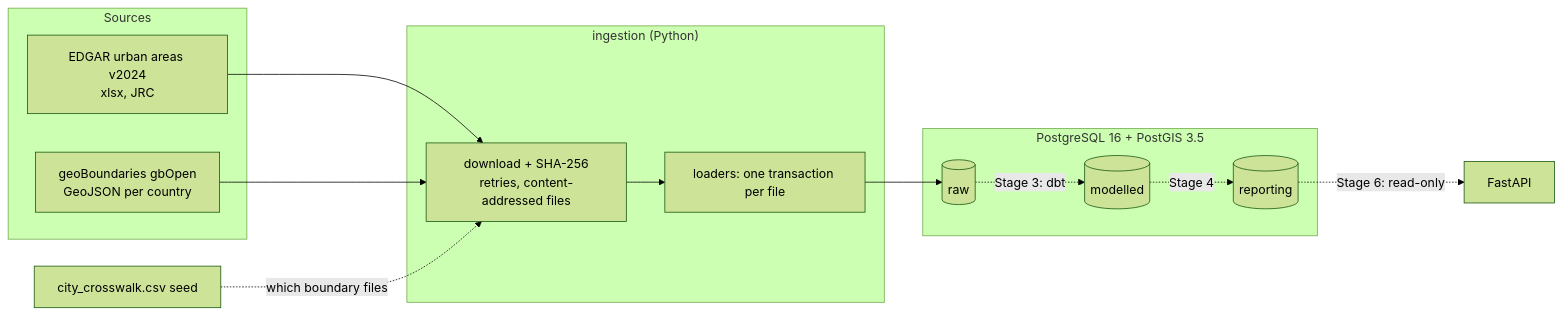
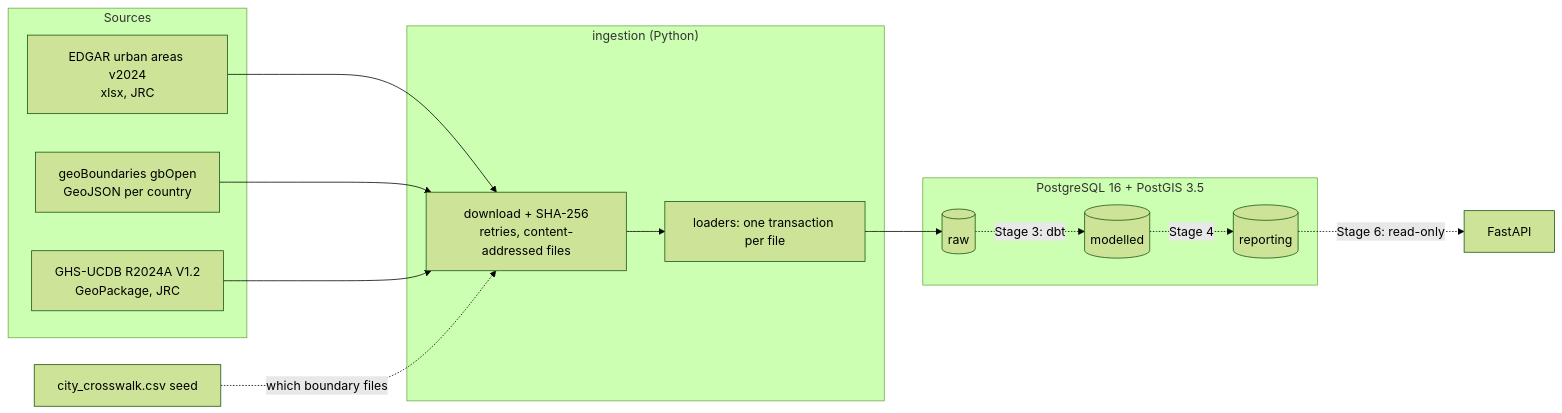
Before and after one commit to tom-cruiser/city-emissions-platform: the first of 2 diagrams in README.md, drawn with Mermaid (forest theme). The commit also changed other lines of this file and 14 other files, not shown here.

First line of the commit message:
Stage 2: GHS-UCDB urban-centre polygons in raw with load checks

````diff
--- a/README.md
+++ b/README.md
@@ -38,23 +39,25 @@
 ```mermaid
 flowchart LR
     subgraph Sources
         E[EDGAR urban areas v2024<br/>xlsx, JRC]
         G[geoBoundaries gbOpen<br/>GeoJSON per country]
+        U[GHS-UCDB R2024A V1.2<br/>GeoPackage, JRC]
     end
     subgraph ingestion["ingestion (Python)"]
         D[download + SHA-256<br/>retries, content-addressed files]
         L[loaders: one transaction per file]
     end
     subgraph Postgres["PostgreSQL 16 + PostGIS 3.5"]
         R[(raw)]
         M[(modelled)]
         P[(reporting)]
     end
     X[city_crosswalk.csv seed]
     E --> D
     G --> D
+    U --> D
     D --> L --> R
     X -. which boundary files .-> D
     R -. Stage 3: dbt .-> M -. Stage 4 .-> P
     P -. Stage 6: read-only .-> API[FastAPI]
 ```
````
